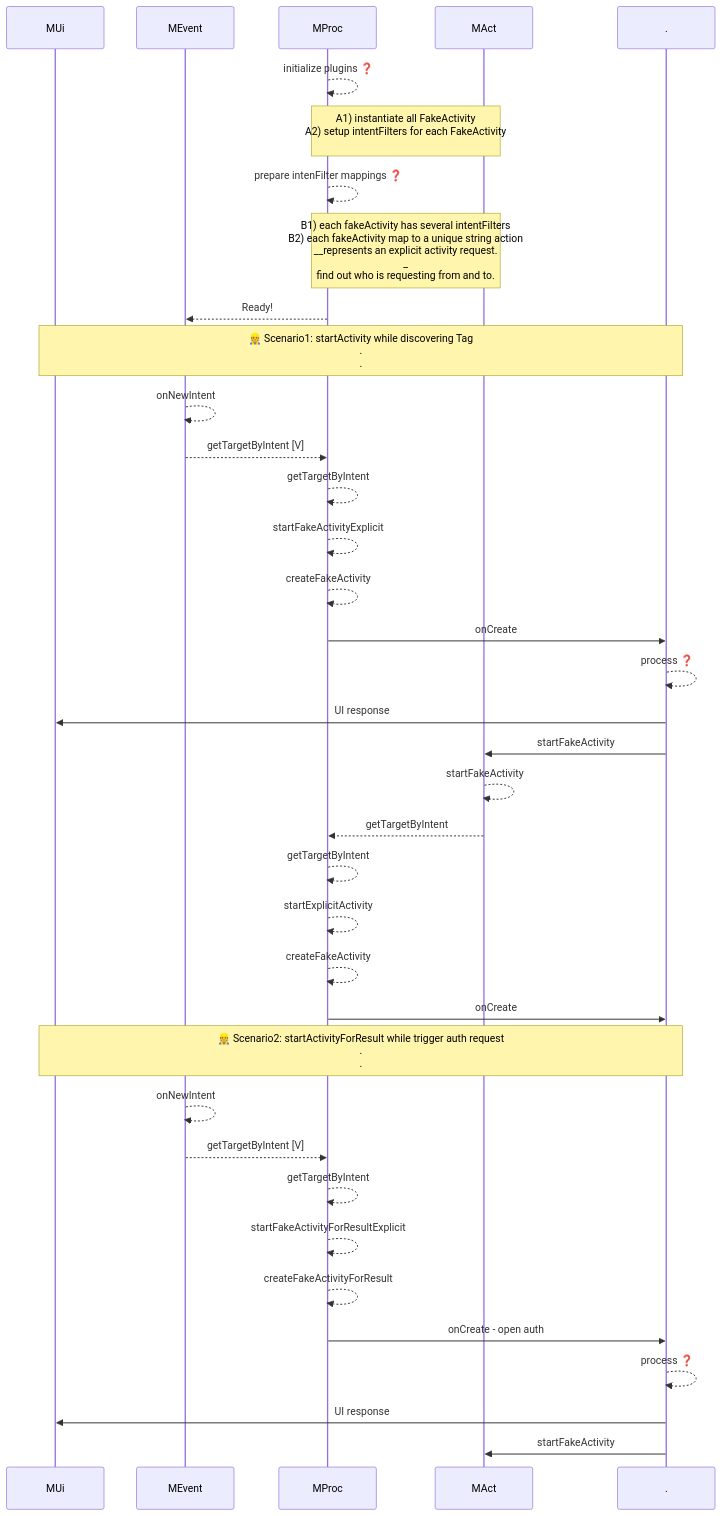
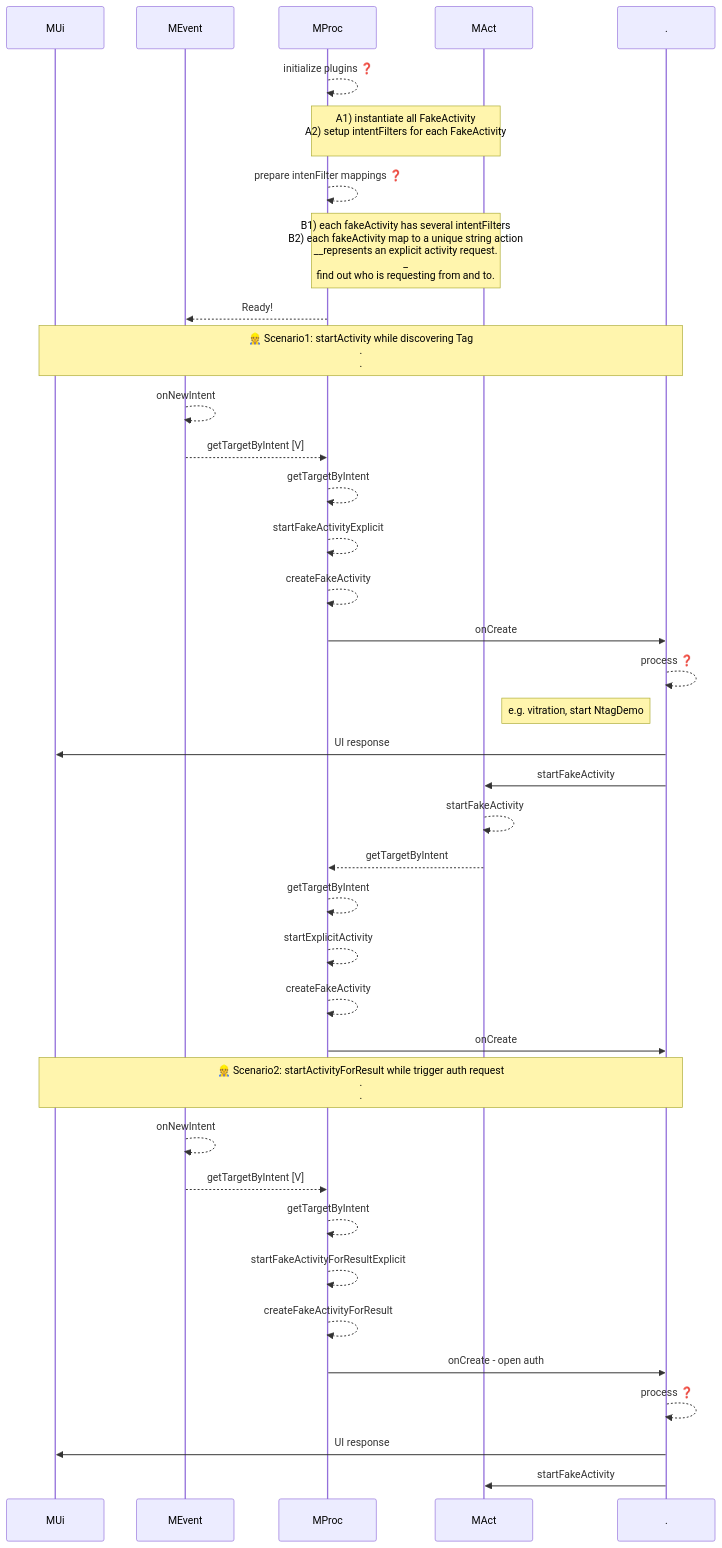
Before and after one commit to gordianknotC/nxp_note: the third of 7 diagrams in flutter/android_to_flutter.md, drawn with Mermaid. The commit also changed other lines of this file, not shown here.

````diff
--- a/flutter/android_to_flutter.md
+++ b/flutter/android_to_flutter.md
@@ -52,50 +52,51 @@
 ```mermaid
 sequenceDiagram
 participant MUi
 participant MEvent
 participant MProc
 participant MAct
 participant .
 
 MProc-->>MProc: initialize plugins ❓
 Note over MProc,MAct: A1) instantiate all FakeActivity<br>A2) setup intentFilters for each FakeActivity<br>
 
 MProc-->>MProc: prepare intenFilter mappings ❓
 
 Note over MProc, MAct: B1) each fakeActivity has several intentFilters<br>B2) each fakeActivity map to a unique string action<br>__represents an explicit activity request.<br>_<br> find out who is requesting from and to.
 
 MProc-->>MEvent: Ready!
 
 
 Note over MUi, .: 👷 Scenario1: startActivity while discovering Tag<br>.<br>.
 MEvent-->>MEvent: onNewIntent
 
 MEvent-->>MProc: getTargetByIntent [V]
 MProc-->>MProc: getTargetByIntent
 MProc-->>MProc: startFakeActivityExplicit
 MProc-->>MProc: createFakeActivity
 MProc->> . : onCreate
 . -->> . : process ❓
+Note left of .: e.g. vitration, start NtagDemo
 . ->> MUi: UI response
 . ->> MAct: startFakeActivity
 MAct -->> MAct: startFakeActivity
 MAct -->> MProc: getTargetByIntent
 MProc -->> MProc: getTargetByIntent
 MProc -->> MProc: startExplicitActivity
 MProc -->> MProc: createFakeActivity
 MProc ->> . : onCreate
 
 
 Note over MUi, .: 👷 Scenario2: startActivityForResult while trigger auth request<br>.<br>.
 MEvent-->>MEvent: onNewIntent
 MEvent-->>MProc: getTargetByIntent [V]
 MProc-->>MProc: getTargetByIntent
 MProc-->>MProc: startFakeActivityForResultExplicit
 MProc-->>MProc: createFakeActivityForResult
 MProc->> . : onCreate - open auth
 . -->> . : process ❓
 . ->> MUi: UI response
 . ->> MAct: startFakeActivity
 
 
 ```
````
